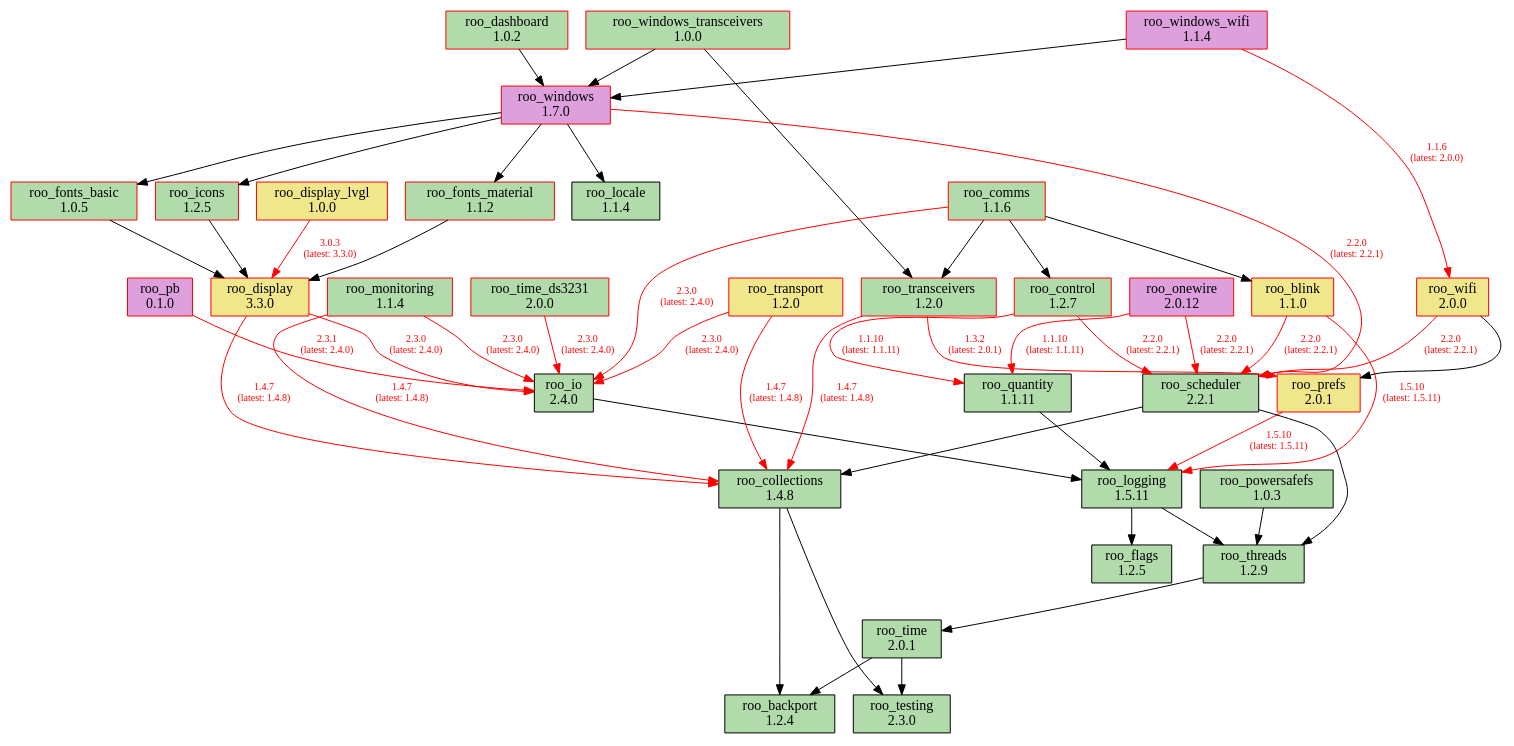
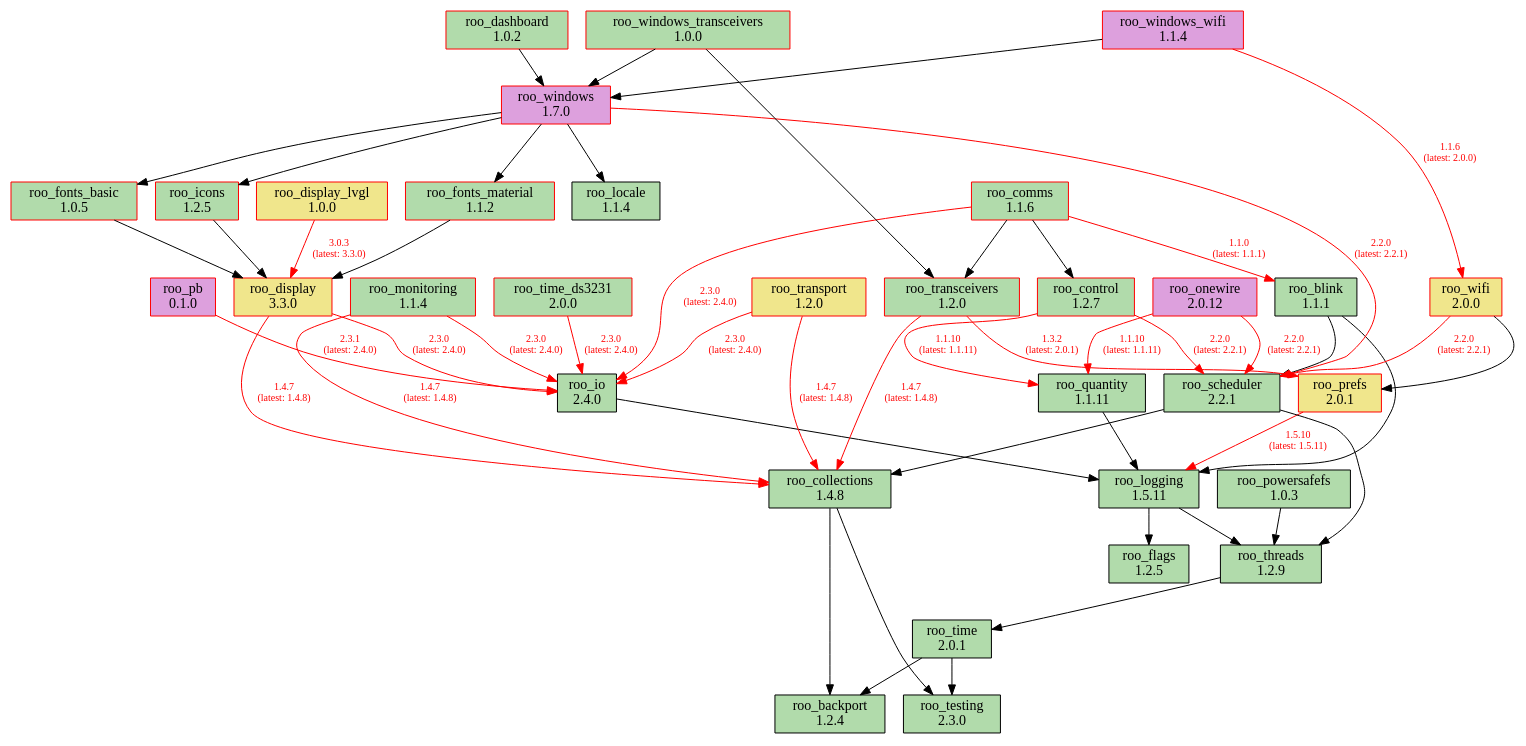
One commit to dejwk/roo-registry changed the diagram in doc/dependencies.dot. Above: the diagram before and after it, drawn with Graphviz. The commit also changed 3 other files, not shown here.

Commit message:
Added roo_blink 1.1.1 to the registry.

```diff
--- a/doc/dependencies.dot
+++ b/doc/dependencies.dot
@@ -1,90 +1,90 @@
 digraph dependencies {
     rankdir=TB;
     node [shape=box, style=filled];
     edge [fontsize=10];
 
     // Modules
     "roo_backport" [label="roo_backport\n1.2.4", fillcolor="#b1dbab", color="black"];
-    "roo_blink" [label="roo_blink\n1.1.0", fillcolor="khaki", color="red"];
+    "roo_blink" [label="roo_blink\n1.1.1", fillcolor="#b1dbab", color="black"];
     "roo_collections" [label="roo_collections\n1.4.8", fillcolor="#b1dbab", color="black"];
     "roo_comms" [label="roo_comms\n1.1.6", fillcolor="#b1dbab", color="red"];
     "roo_control" [label="roo_control\n1.2.7", fillcolor="#b1dbab", color="red"];
     "roo_dashboard" [label="roo_dashboard\n1.0.2", fillcolor="#b1dbab", color="red"];
     "roo_display" [label="roo_display\n3.3.0", fillcolor="khaki", color="red"];
     "roo_display_lvgl" [label="roo_display_lvgl\n1.0.0", fillcolor="khaki", color="red"];
     "roo_flags" [label="roo_flags\n1.2.5", fillcolor="#b1dbab", color="black"];
     "roo_fonts_basic" [label="roo_fonts_basic\n1.0.5", fillcolor="#b1dbab", color="red"];
     "roo_fonts_material" [label="roo_fonts_material\n1.1.2", fillcolor="#b1dbab", color="red"];
     "roo_icons" [label="roo_icons\n1.2.5", fillcolor="#b1dbab", color="red"];
     "roo_io" [label="roo_io\n2.4.0", fillcolor="#b1dbab", color="black"];
     "roo_locale" [label="roo_locale\n1.1.4", fillcolor="#b1dbab", color="black"];
     "roo_logging" [label="roo_logging\n1.5.11", fillcolor="#b1dbab", color="black"];
     "roo_monitoring" [label="roo_monitoring\n1.1.4", fillcolor="#b1dbab", color="red"];
     "roo_onewire" [label="roo_onewire\n2.0.12", fillcolor="plum", color="red"];
     "roo_pb" [label="roo_pb\n0.1.0", fillcolor="plum", color="red"];
     "roo_powersafefs" [label="roo_powersafefs\n1.0.3", fillcolor="#b1dbab", color="black"];
     "roo_prefs" [label="roo_prefs\n2.0.1", fillcolor="khaki", color="red"];
     "roo_quantity" [label="roo_quantity\n1.1.11", fillcolor="#b1dbab", color="black"];
     "roo_scheduler" [label="roo_scheduler\n2.2.1", fillcolor="#b1dbab", color="black"];
     "roo_testing" [label="roo_testing\n2.3.0", fillcolor="#b1dbab", color="black"];
     "roo_threads" [label="roo_threads\n1.2.9", fillcolor="#b1dbab", color="black"];
     "roo_time" [label="roo_time\n2.0.1", fillcolor="#b1dbab", color="black"];
     "roo_time_ds3231" [label="roo_time_ds3231\n2.0.0", fillcolor="#b1dbab", color="red"];
     "roo_transceivers" [label="roo_transceivers\n1.2.0", fillcolor="#b1dbab", color="red"];
     "roo_transport" [label="roo_transport\n1.2.0", fillcolor="khaki", color="red"];
     "roo_wifi" [label="roo_wifi\n2.0.0", fillcolor="khaki", color="red"];
     "roo_windows" [label="roo_windows\n1.7.0", fillcolor="plum", color="red"];
     "roo_windows_transceivers" [label="roo_windows_transceivers\n1.0.0", fillcolor="#b1dbab", color="red"];
     "roo_windows_wifi" [label="roo_windows_wifi\n1.1.4", fillcolor="plum", color="red"];
 
     // Dependencies
-    "roo_blink" -> "roo_logging" [color=red, fontcolor=red, label="1.5.10\n(latest: 1.5.11)"];
-    "roo_blink" -> "roo_scheduler" [color=red, fontcolor=red, label="2.2.0\n(latest: 2.2.1)"];
+    "roo_blink" -> "roo_logging";
+    "roo_blink" -> "roo_scheduler";
     "roo_collections" -> "roo_testing";
     "roo_collections" -> "roo_backport";
-    "roo_comms" -> "roo_blink";
+    "roo_comms" -> "roo_blink" [color=red, fontcolor=red, label="1.1.0\n(latest: 1.1.1)"];
     "roo_comms" -> "roo_control";
     "roo_comms" -> "roo_io" [color=red, fontcolor=red, label="2.3.0\n(latest: 2.4.0)"];
     "roo_comms" -> "roo_transceivers";
     "roo_control" -> "roo_quantity" [color=red, fontcolor=red, label="1.1.10\n(latest: 1.1.11)"];
     "roo_control" -> "roo_scheduler" [color=red, fontcolor=red, label="2.2.0\n(latest: 2.2.1)"];
     "roo_dashboard" -> "roo_windows";
     "roo_display" -> "roo_collections" [color=red, fontcolor=red, label="1.4.7\n(latest: 1.4.8)"];
     "roo_display" -> "roo_io" [color=red, fontcolor=red, label="2.3.0\n(latest: 2.4.0)"];
     "roo_display_lvgl" -> "roo_display" [color=red, fontcolor=red, label="3.0.3\n(latest: 3.3.0)"];
     "roo_fonts_basic" -> "roo_display";
     "roo_fonts_material" -> "roo_display";
     "roo_icons" -> "roo_display";
     "roo_io" -> "roo_logging";
     "roo_logging" -> "roo_flags";
     "roo_logging" -> "roo_threads";
     "roo_monitoring" -> "roo_collections" [color=red, fontcolor=red, label="1.4.7\n(latest: 1.4.8)"];
     "roo_monitoring" -> "roo_io" [color=red, fontcolor=red, label="2.3.0\n(latest: 2.4.0)"];
     "roo_onewire" -> "roo_scheduler" [color=red, fontcolor=red, label="2.2.0\n(latest: 2.2.1)"];
     "roo_onewire" -> "roo_quantity" [color=red, fontcolor=red, label="1.1.10\n(latest: 1.1.11)"];
     "roo_pb" -> "roo_io" [color=red, fontcolor=red, label="2.3.1\n(latest: 2.4.0)"];
     "roo_powersafefs" -> "roo_threads";
     "roo_prefs" -> "roo_logging" [color=red, fontcolor=red, label="1.5.10\n(latest: 1.5.11)"];
     "roo_quantity" -> "roo_logging";
     "roo_scheduler" -> "roo_collections";
     "roo_scheduler" -> "roo_threads";
     "roo_threads" -> "roo_time";
     "roo_time" -> "roo_testing";
     "roo_time" -> "roo_backport";
     "roo_time_ds3231" -> "roo_io" [color=red, fontcolor=red, label="2.3.0\n(latest: 2.4.0)"];
     "roo_transceivers" -> "roo_collections" [color=red, fontcolor=red, label="1.4.7\n(latest: 1.4.8)"];
     "roo_transceivers" -> "roo_prefs" [color=red, fontcolor=red, label="1.3.2\n(latest: 2.0.1)"];
     "roo_transport" -> "roo_collections" [color=red, fontcolor=red, label="1.4.7\n(latest: 1.4.8)"];
     "roo_transport" -> "roo_io" [color=red, fontcolor=red, label="2.3.0\n(latest: 2.4.0)"];
     "roo_wifi" -> "roo_prefs";
     "roo_wifi" -> "roo_scheduler" [color=red, fontcolor=red, label="2.2.0\n(latest: 2.2.1)"];
     "roo_windows" -> "roo_fonts_basic";
     "roo_windows" -> "roo_fonts_material";
     "roo_windows" -> "roo_locale";
     "roo_windows" -> "roo_icons";
     "roo_windows" -> "roo_scheduler" [color=red, fontcolor=red, label="2.2.0\n(latest: 2.2.1)"];
     "roo_windows_transceivers" -> "roo_transceivers";
     "roo_windows_transceivers" -> "roo_windows";
     "roo_windows_wifi" -> "roo_wifi" [color=red, fontcolor=red, label="1.1.6\n(latest: 2.0.0)"];
     "roo_windows_wifi" -> "roo_windows";
 }
```
